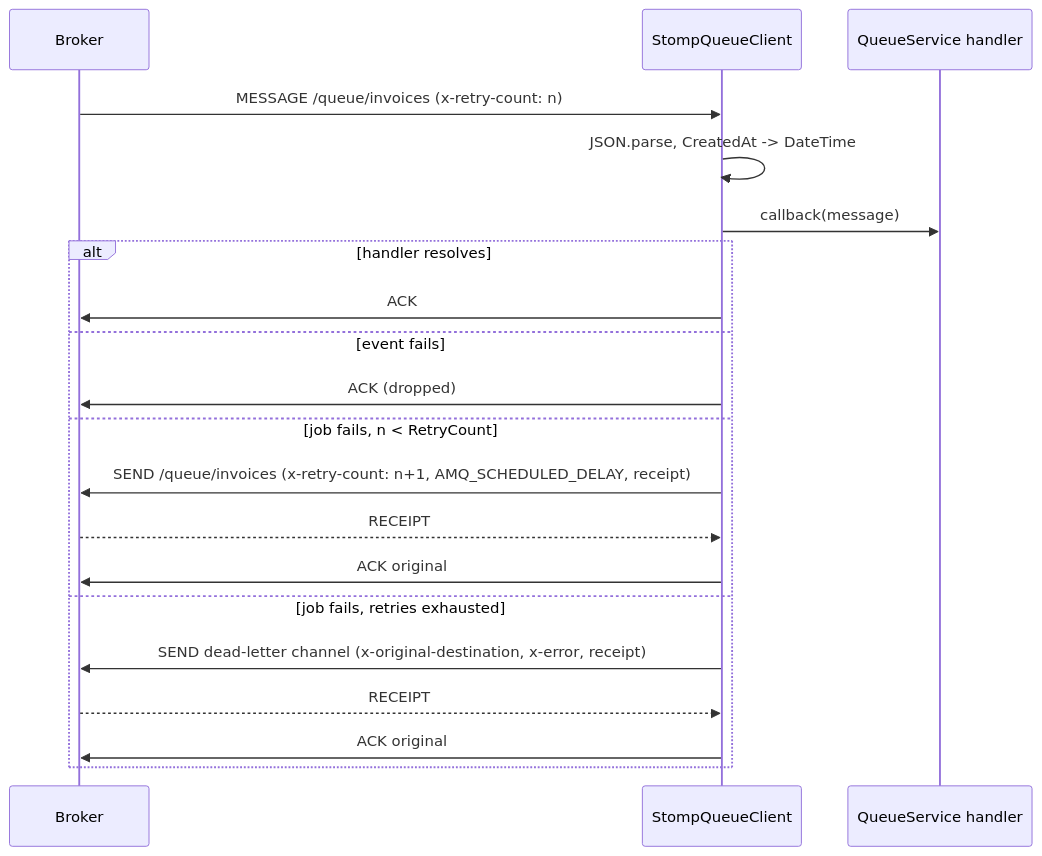
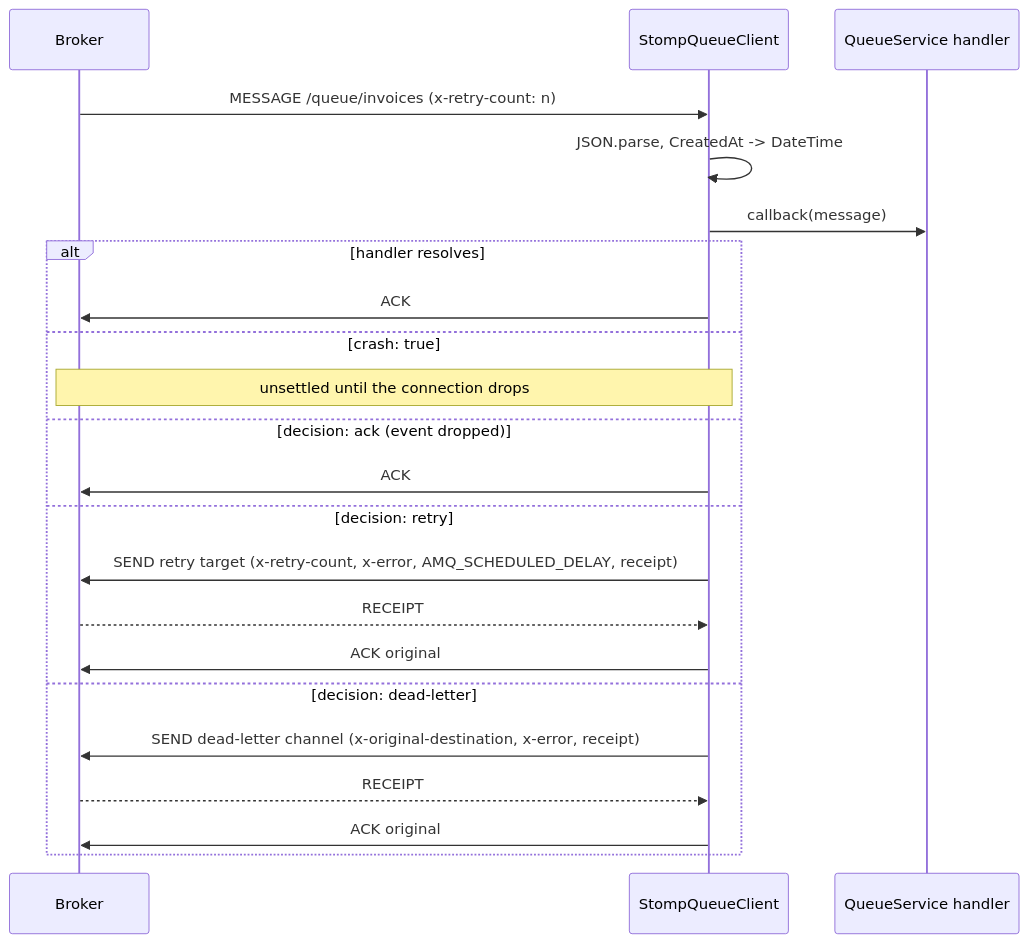
One commit to spinajs/main changed the diagram in docs/queue-stomp-transport/03-consuming-retries-and-dead-letters.md. Above: the diagram before and after it, drawn with Mermaid. The commit also changed other lines of this file and 11 other files, not shown here.

Commit message:
feat(queue-stomp-transport)!: execute the shared delivery decision, virtual-topic event retries

````diff
--- a/docs/queue-stomp-transport/03-consuming-retries-and-dead-letters.md
+++ b/docs/queue-stomp-transport/03-consuming-retries-and-dead-letters.md
@@ -32,22 +35,24 @@
 ```mermaid
 sequenceDiagram
   participant B as Broker
   participant C as StompQueueClient
   participant QS as QueueService handler
   B->>C: MESSAGE /queue/invoices (x-retry-count: n)
   C->>C: JSON.parse, CreatedAt -> DateTime
   C->>QS: callback(message)
   alt handler resolves
     C->>B: ACK
-  else event fails
-    C->>B: ACK (dropped)
-  else job fails, n < RetryCount
-    C->>B: SEND /queue/invoices (x-retry-count: n+1, AMQ_SCHEDULED_DELAY, receipt)
+  else crash: true
+    Note over C,B: unsettled until the connection drops
+  else decision: ack (event dropped)
+    C->>B: ACK
+  else decision: retry
+    C->>B: SEND retry target (x-retry-count, x-error, AMQ_SCHEDULED_DELAY, receipt)
     B-->>C: RECEIPT
     C->>B: ACK original
-  else job fails, retries exhausted
+  else decision: dead-letter
     C->>B: SEND dead-letter channel (x-original-destination, x-error, receipt)
     B-->>C: RECEIPT
     C->>B: ACK original
   end
 ```
````
